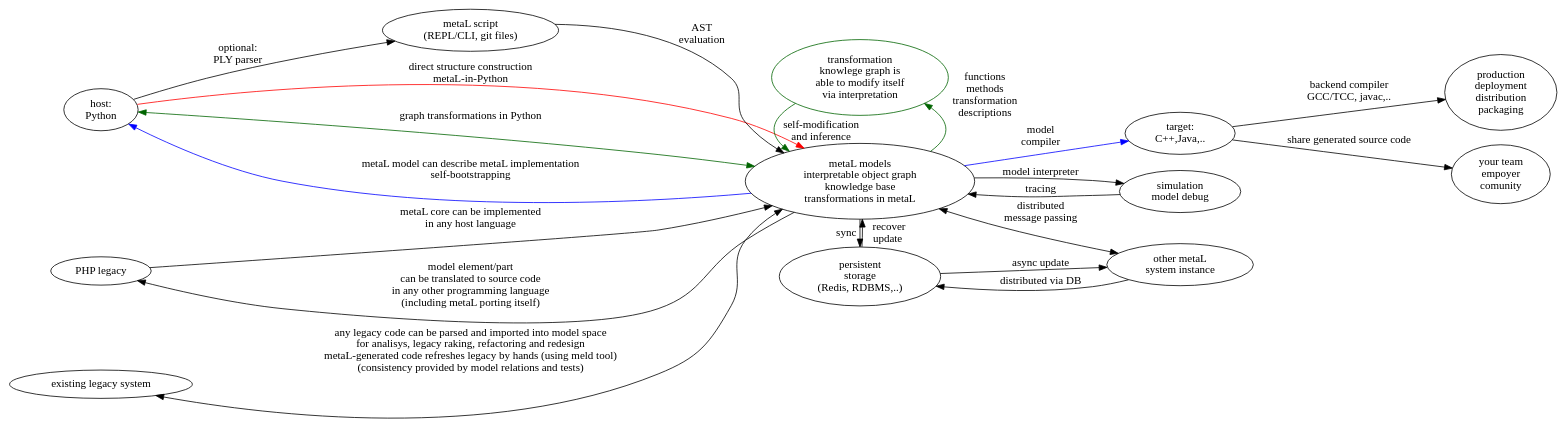
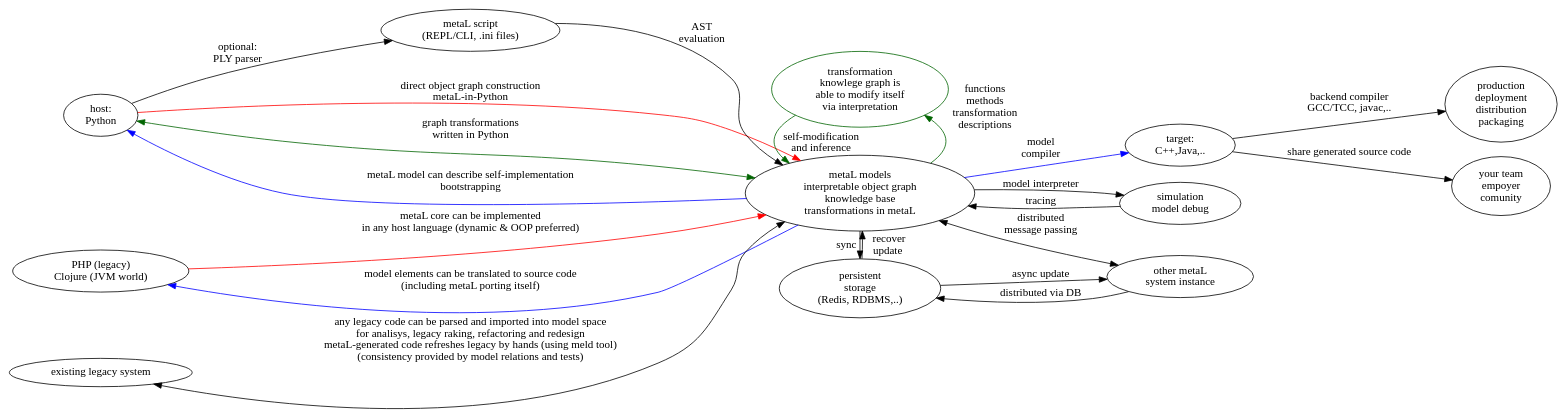
Before and after one commit to ponyatov/metaLv0: the diagram in doc/tutorial.dot, drawn with Graphviz. The commit also changed 53 other files, not shown here.

```diff
--- a/doc/tutorial.dot
+++ b/doc/tutorial.dot
@@ -1,53 +1,53 @@
 digraph {
     rankdir=LR;
     host -> script [label="optional:\nPLY parser"]
-    host -> metaL [color=red,label="direct structure construction\nmetaL-in-Python"];
+    host -> metaL [color=red,label="direct object graph construction\nmetaL-in-Python"];
     script -> metaL [label="AST\nevaluation"];
     metaL -> target [color=blue,label="model\ncompiler"];
     target -> production [label="backend compiler\nGCC/TCC, javac,.."]
 
     metaL -> transformation [color=darkgreen,xlabel="functions\nmethods\ntransformation\ndescriptions"]
     transformation -> metaL [color=darkgreen,xlabel="self-modification\nand inference"];
 
     transformation [color=darkgreen,label="transformation\nknowlege graph is\nable to modify itself\n via interpretation"]
 
-    metaL -> host [dir=both,color=darkgreen,label="graph transformations in Python"];
+    metaL -> host [dir=both,color=darkgreen,label="graph transformations\nwritten in Python"];
 
     host [label="host:\nPython"];
-    script [label="metaL script\n(REPL/CLI, git files)"];
+    script [label="metaL script\n(REPL/CLI, .ini files)"];
     metaL [label="metaL models\ninterpretable object graph\nknowledge base\ntransformations in metaL"];
     production [label="production\ndeployment\ndistribution\npackaging"]
 
     target [label="target:\nC++,Java,.."];
 
-    php [label="PHP legacy"];
-    php -> metaL [label="metaL core can be implemented\nin any host language"];
+    php [label="PHP (legacy)\nClojure (JVM world)"];
+    php -> metaL [color=red,label="metaL core can be implemented\nin any host language (dynamic & OOP preferred)"];
     legacy -> metaL [dir=both,label="any legacy code can be parsed and imported into model space\nfor analisys, legacy raking, refactoring and redesign\nmetaL-generated code refreshes legacy by hands (using meld tool)\n(consistency provided by model relations and tests)"]
     legacy [label="existing legacy system"]
 
-    metaL -> php [label="model element/part\ncan be translated to source code\nin any other programming language\n(including metaL porting itself)"];
+    metaL -> php [color=blue,label="model elements can be translated to source code\n(including metaL porting itself)"];
 
     { host; php; legacy; rank=same; }
 
-    metaL -> host [color=blue,label="metaL model can describe metaL implementation\nself-bootstrapping"];
+    metaL -> host [color=blue,label="metaL model can describe self-implementation\nbootstrapping"];
 
     metaL -> storage [label="sync    "]
     storage -> metaL [xlabel="  recover\nupdate"]
     storage [label="persistent\nstorage\n(Redis, RDBMS,..)"]
 
     metaL -> other [dir=both,label="distributed\nmessage passing"]
 
     { storage; metaL; transformation; rank=same; }
 
     other [label="other metaL\nsystem instance"]
     storage -> other [label="async update"]
     other -> storage [label="distributed via DB"]
     { target; other; sim; rank=same; }
 
     metaL -> sim [label="model interpreter"]
     sim [label="simulation\nmodel debug"]
     sim -> metaL [label="tracing"]
 
     team [label="your team\nempoyer\ncomunity"]
     target -> team [label="share generated source code"]
 }
```
